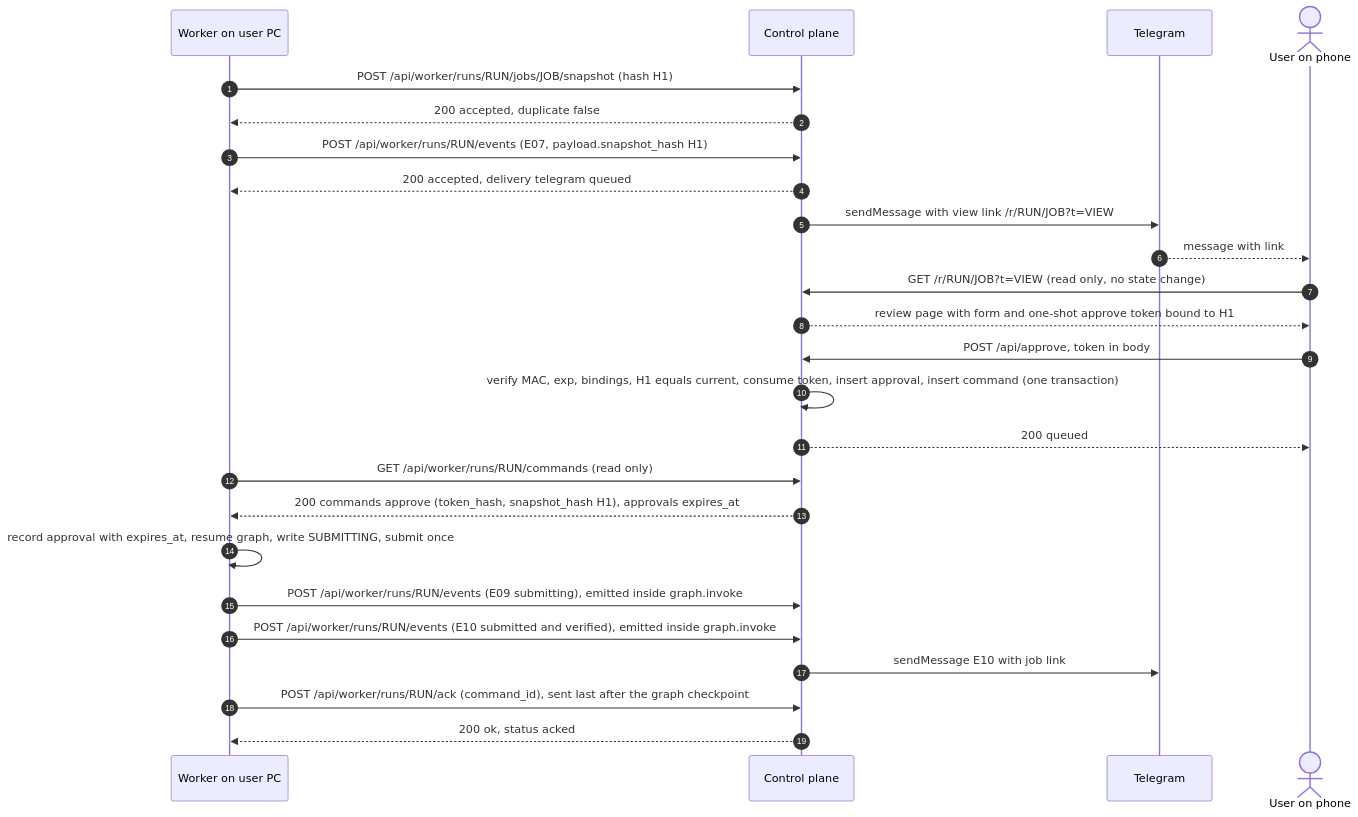
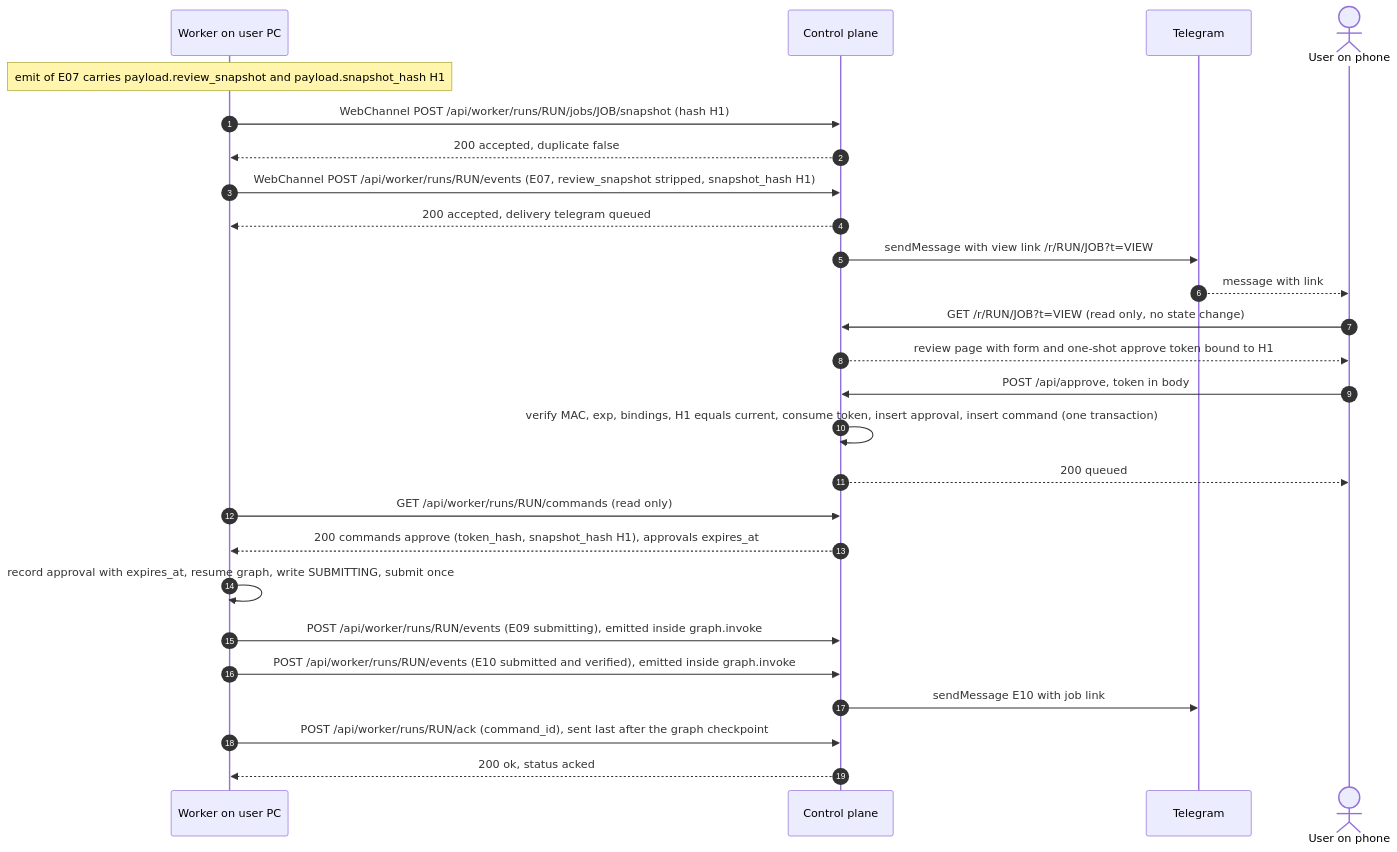
The first of 2 diagrams in docs/03-architecture/CONTROL_PLANE_API.md (Balaastratech/hulchul-operator), drawn with Mermaid before and after one commit. The commit also changed other lines of this file and 2 other files, not shown here.

Commit message:
[kiro][T-021] docs: control plane API rev 3 (review round 2 fixes)

````diff
--- a/docs/03-architecture/CONTROL_PLANE_API.md
+++ b/docs/03-architecture/CONTROL_PLANE_API.md
@@ -393,27 +414,28 @@
 ```mermaid
 sequenceDiagram
     autonumber
     participant W as Worker on user PC
     participant CP as Control plane
     participant TG as Telegram
     actor U as User on phone
-    W->>CP: POST /api/worker/runs/RUN/jobs/JOB/snapshot (hash H1)
+    Note over W: emit of E07 carries payload.review_snapshot and payload.snapshot_hash H1
+    W->>CP: WebChannel POST /api/worker/runs/RUN/jobs/JOB/snapshot (hash H1)
     CP-->>W: 200 accepted, duplicate false
-    W->>CP: POST /api/worker/runs/RUN/events (E07, payload.snapshot_hash H1)
+    W->>CP: WebChannel POST /api/worker/runs/RUN/events (E07, review_snapshot stripped, snapshot_hash H1)
     CP-->>W: 200 accepted, delivery telegram queued
     CP->>TG: sendMessage with view link /r/RUN/JOB?t=VIEW
     TG-->>U: message with link
     U->>CP: GET /r/RUN/JOB?t=VIEW (read only, no state change)
     CP-->>U: review page with form and one-shot approve token bound to H1
     U->>CP: POST /api/approve, token in body
     CP->>CP: verify MAC, exp, bindings, H1 equals current, consume token, insert approval, insert command (one transaction)
     CP-->>U: 200 queued
     W->>CP: GET /api/worker/runs/RUN/commands (read only)
     CP-->>W: 200 commands approve (token_hash, snapshot_hash H1), approvals expires_at
     W->>W: record approval with expires_at, resume graph, write SUBMITTING, submit once
     W->>CP: POST /api/worker/runs/RUN/events (E09 submitting), emitted inside graph.invoke
     W->>CP: POST /api/worker/runs/RUN/events (E10 submitted and verified), emitted inside graph.invoke
     CP->>TG: sendMessage E10 with job link
     W->>CP: POST /api/worker/runs/RUN/ack (command_id), sent last after the graph checkpoint
     CP-->>W: 200 ok, status acked
 ```
````
